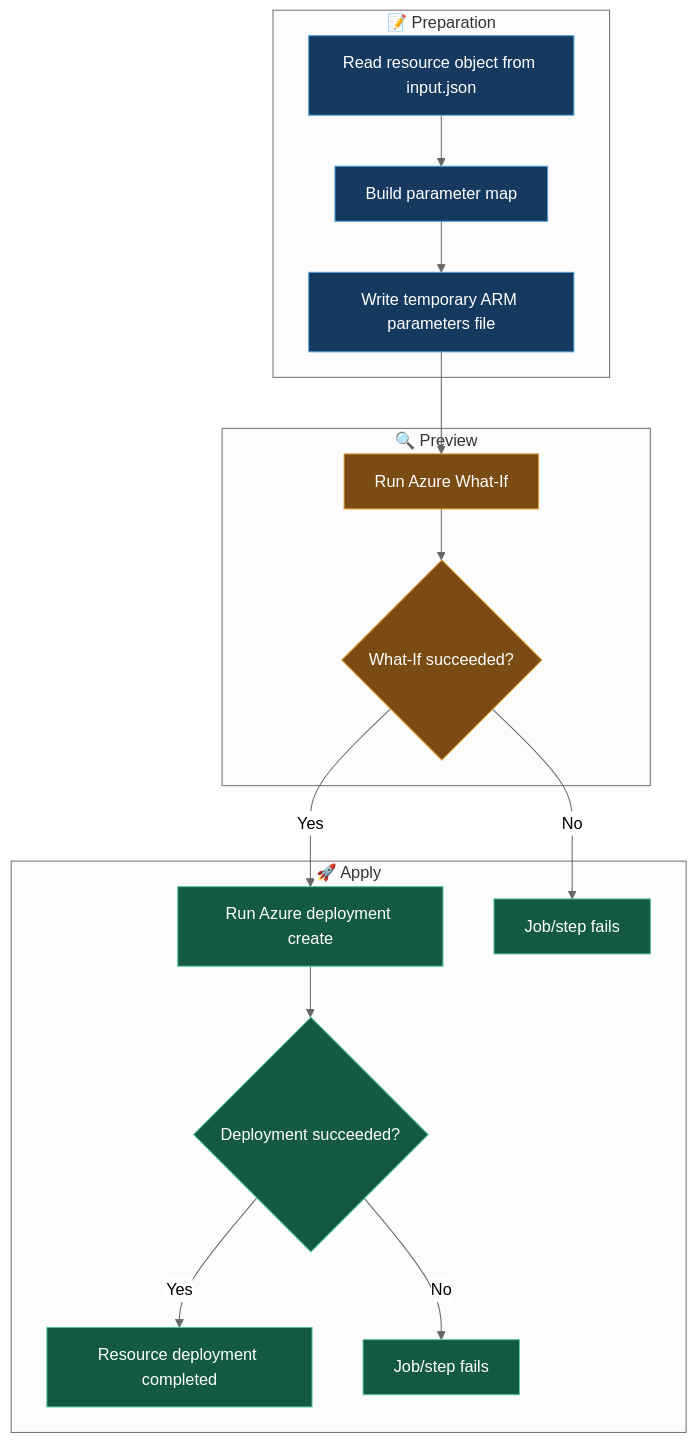
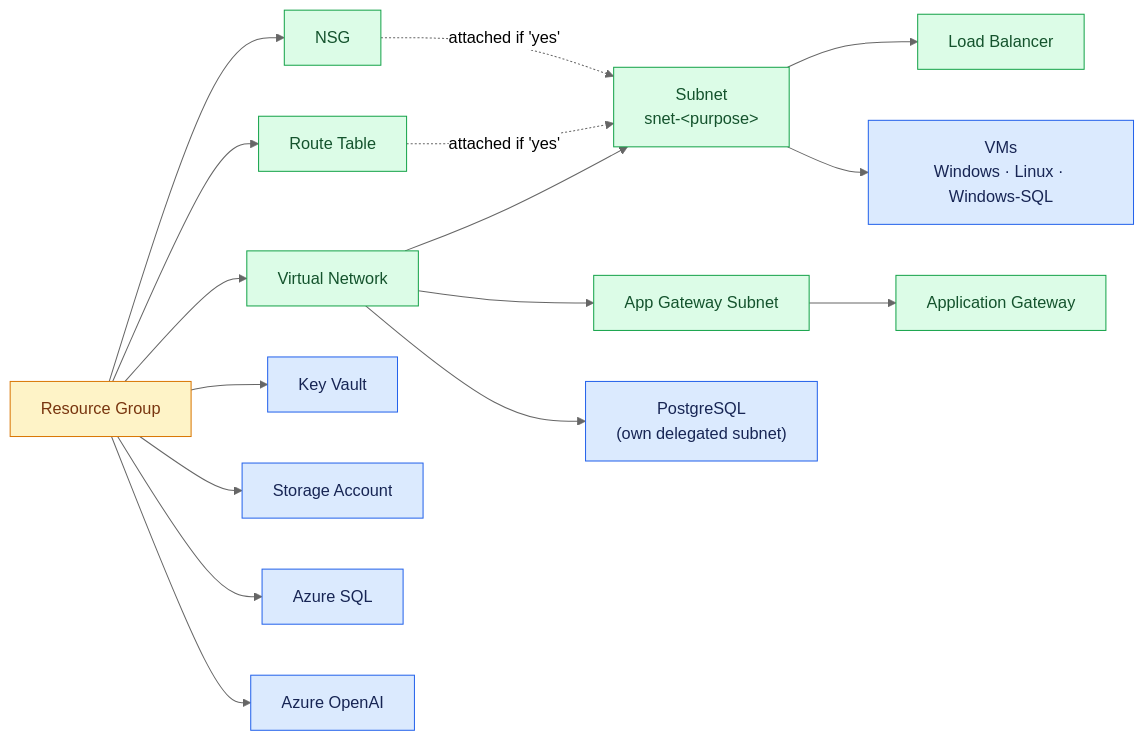
Before and after one commit to PROMETHEUS-N/pike-infra-eaas-new: the sixth of 7 diagrams in README.md, drawn with Mermaid (neutral theme). The commit also changed other lines of this file and 17 other files, not shown here.

````diff
--- a/README.md
+++ b/README.md
@@ -402,36 +425,31 @@
 ```mermaid
-flowchart TD
-    A["Read resource object from input.json"] --> B["Build parameter map"]
-    B --> C["Write temporary ARM parameters file"]
-    C --> D["Run Azure What-If"]
-    D --> E{"What-If succeeded?"}
-    E -- "Yes" --> F["Run Azure deployment create"]
-    E -- "No" --> G["Job/step fails"]
-    F --> H{"Deployment succeeded?"}
-    H -- "Yes" --> I["Resource deployment completed"]
-    H -- "No" --> J["Job/step fails"]
+flowchart LR
+    RG["Resource Group"]
+    NSG["NSG"]
+    RT["Route Table"]
+    VNET["Virtual Network"]
+    SNET["Subnet<br/>snet-&lt;purpose&gt;"]
+    AGWS["App Gateway Subnet"]
+    LB["Load Balancer"]
+    AGW["Application Gateway"]
+    VM["VMs<br/>Windows · Linux · Windows-SQL"]
+    PSQL["PostgreSQL<br/>(own delegated subnet)"]
+    KV["Key Vault"]
+    ST["Storage Account"]
+    SQL["Azure SQL"]
+    OAI["Azure OpenAI"]
 
-    subgraph PREP["📝 Preparation"]
-      A
-      B
-      C
-    end
-    subgraph PREVIEW["🔍 Preview"]
-      D
-      E
-    end
-    subgraph APPLY["🚀 Apply"]
-      F
-      H
-      I
-      G
-      J
-    end
+    RG --> NSG & RT & VNET & KV & ST & SQL & OAI
+    VNET --> SNET & AGWS & PSQL
+    SNET --> LB & VM
+    AGWS --> AGW
+    NSG -. "attached if 'yes'" .-> SNET
+    RT -. "attached if 'yes'" .-> SNET
 
-    classDef prep fill:#163A5F,stroke:#4EA5D9,color:#fff
-    classDef preview fill:#7A4B12,stroke:#E6A23C,color:#fff
-    classDef apply fill:#145A43,stroke:#58C99A,color:#fff
-    class A,B,C prep
-    class D,E preview
-    class F,G,H,I,J apply
+    classDef base fill:#fef3c7,stroke:#d97706,color:#78350f
+    classDef net fill:#dcfce7,stroke:#16a34a,color:#14532d
+    classDef work fill:#dbeafe,stroke:#2563eb,color:#172554
+    class RG base
+    class NSG,RT,VNET,SNET,AGWS,LB,AGW net
+    class VM,PSQL,KV,ST,SQL,OAI work
 ```
````
